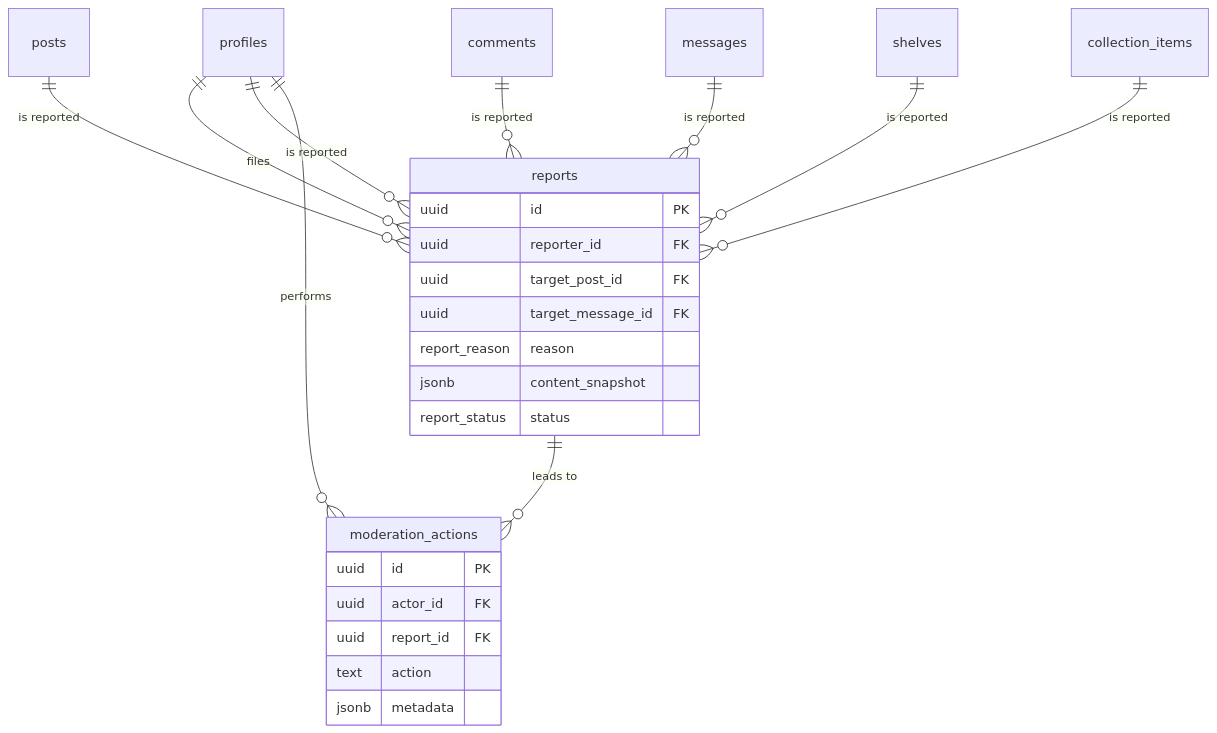
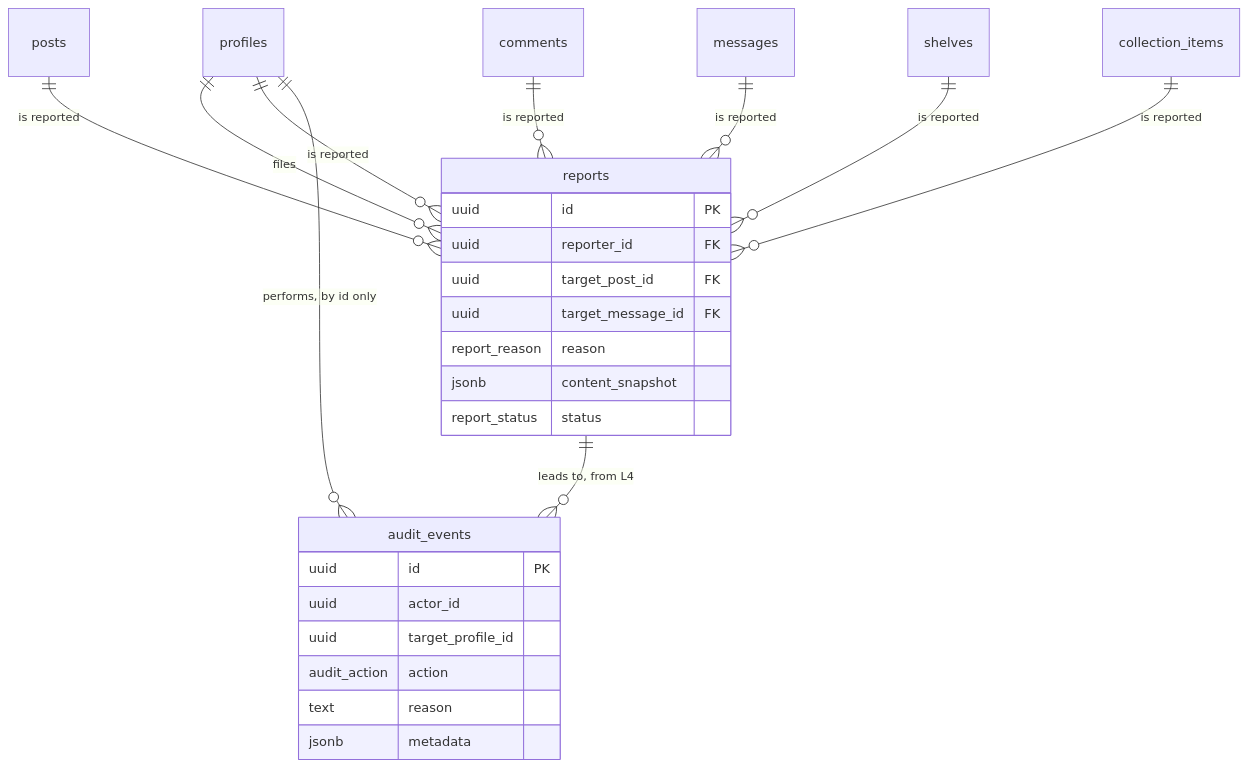
Diagram 13 of 14 in docs/architecture/relationships.md (lesa0208/my-game-dex), drawn with Mermaid before and after one commit. The commit also changed 15 other files, not shown here.

````diff
--- a/docs/architecture/relationships.md
+++ b/docs/architecture/relationships.md
@@ -655,29 +655,30 @@
 ```mermaid
 erDiagram
   profiles ||--o{ reports : "files"
   profiles ||--o{ reports : "is reported"
   posts ||--o{ reports : "is reported"
   comments ||--o{ reports : "is reported"
   messages ||--o{ reports : "is reported"
   shelves ||--o{ reports : "is reported"
   collection_items ||--o{ reports : "is reported"
-  reports ||--o{ moderation_actions : "leads to"
-  profiles ||--o{ moderation_actions : "performs"
+  reports ||--o{ audit_events : "leads to, from L4"
+  profiles ||--o{ audit_events : "performs, by id only"
 
   reports {
     uuid id PK
     uuid reporter_id FK
     uuid target_post_id FK
     uuid target_message_id FK
     report_reason reason
     jsonb content_snapshot
     report_status status
   }
-  moderation_actions {
+  audit_events {
     uuid id PK
-    uuid actor_id FK
-    uuid report_id FK
-    text action
+    uuid actor_id
+    uuid target_profile_id
+    audit_action action
+    text reason
     jsonb metadata
   }
 ```
````
